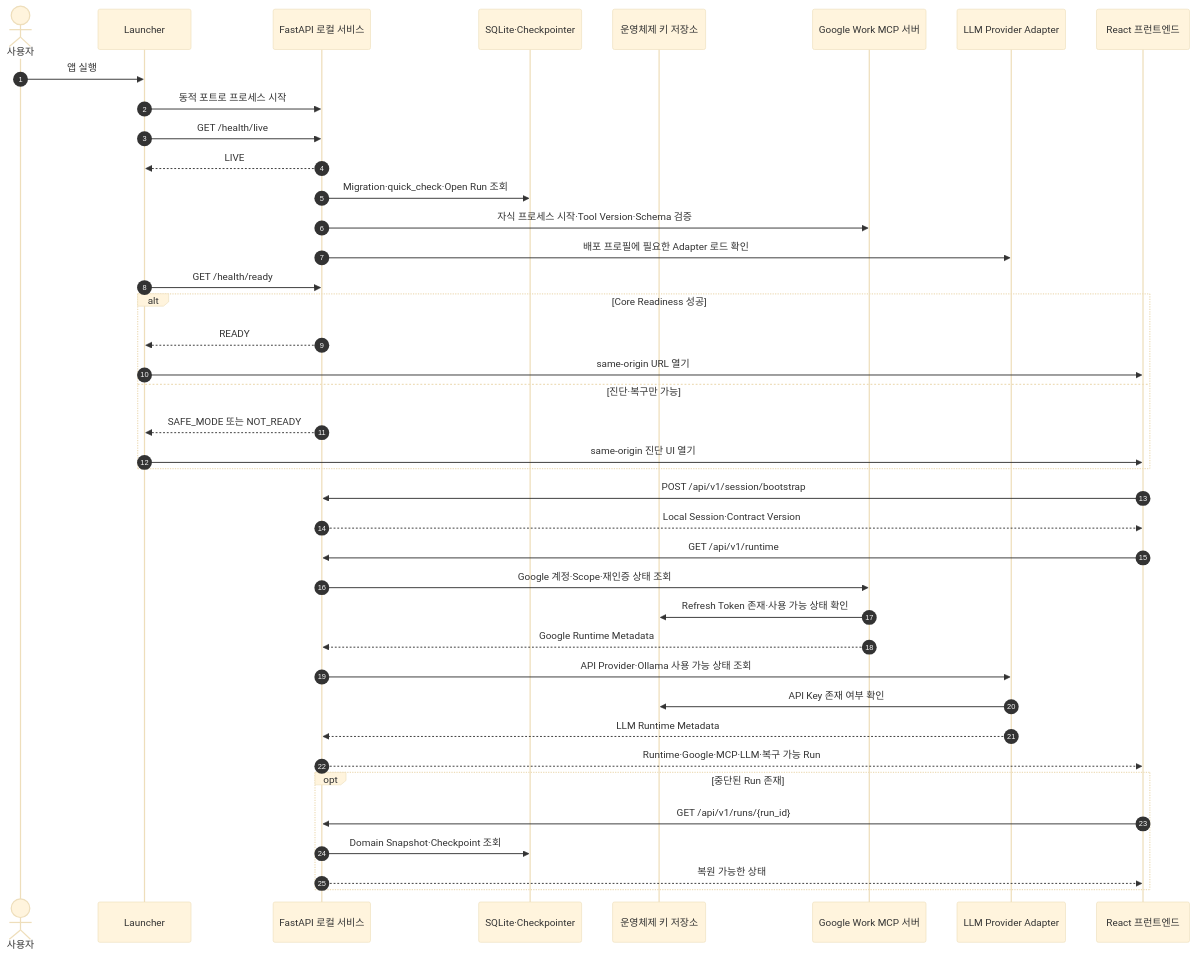
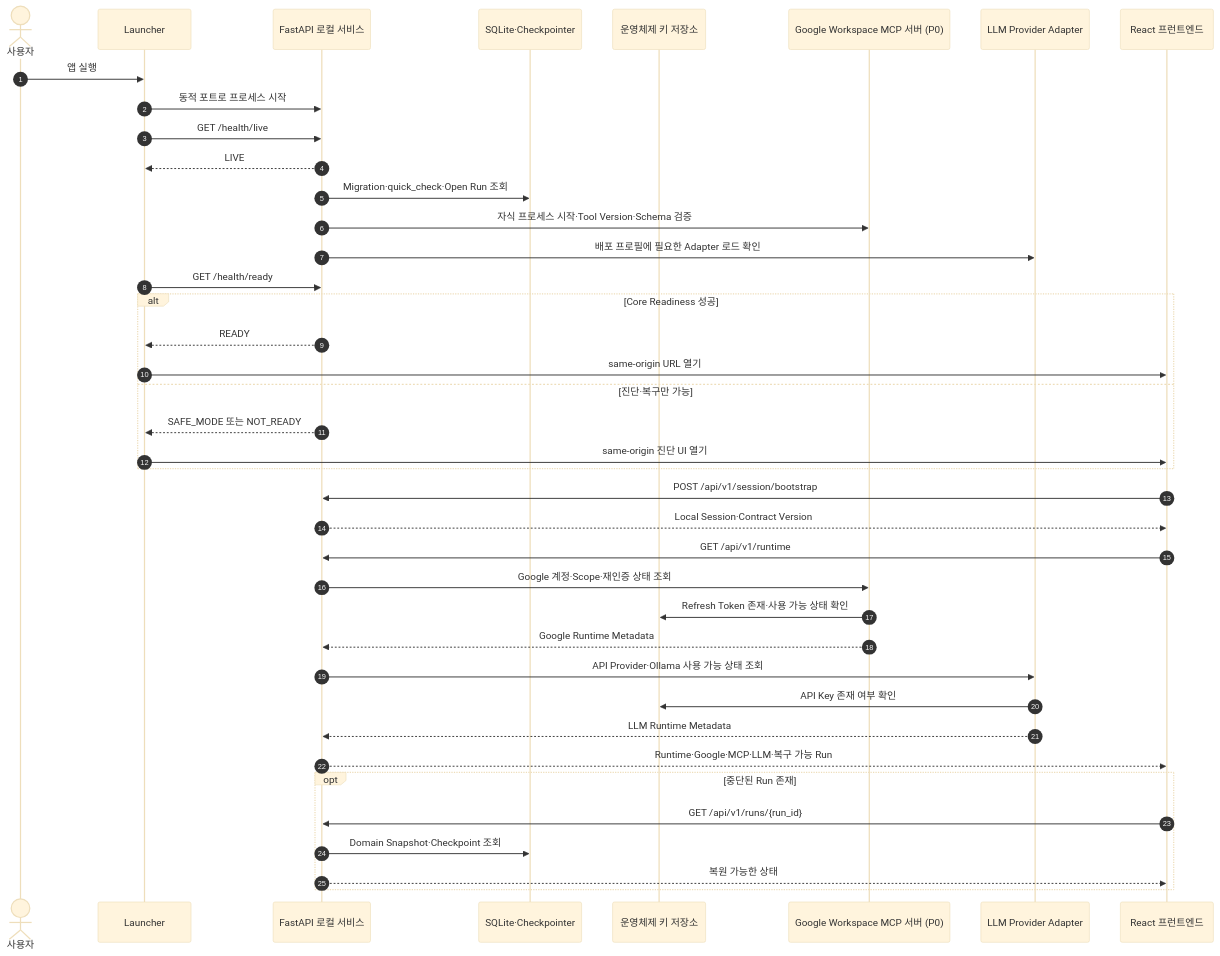
Before and after one commit to solar-ai-dev/google-work-agent: the first of 20 diagrams in docs/08-sequence-design.md, drawn with Mermaid (base theme). The commit also changed other lines of this file and 22 other files, not shown here.

````diff
--- a/docs/08-sequence-design.md
+++ b/docs/08-sequence-design.md
@@ -113,43 +113,43 @@
 ```mermaid
 sequenceDiagram
     autonumber
     actor U as 사용자
     participant L as Launcher
     participant API as FastAPI 로컬 서비스
     participant DB as SQLite·Checkpointer
     participant K as 운영체제 키 저장소
-    participant MCP as Google Work MCP 서버
+    participant MCP as Google Workspace MCP 서버 (P0)
     participant LLM as LLM Provider Adapter
     participant FE as React 프런트엔드
 
     U->>L: 앱 실행
     L->>API: 동적 포트로 프로세스 시작
     L->>API: GET /health/live
     API-->>L: LIVE
     API->>DB: Migration·quick_check·Open Run 조회
     API->>MCP: 자식 프로세스 시작·Tool Version·Schema 검증
     API->>LLM: 배포 프로필에 필요한 Adapter 로드 확인
     L->>API: GET /health/ready
     alt Core Readiness 성공
         API-->>L: READY
         L->>FE: same-origin URL 열기
     else 진단·복구만 가능
         API-->>L: SAFE_MODE 또는 NOT_READY
         L->>FE: same-origin 진단 UI 열기
     end
     FE->>API: POST /api/v1/session/bootstrap
     API-->>FE: Local Session·Contract Version
     FE->>API: GET /api/v1/runtime
     API->>MCP: Google 계정·Scope·재인증 상태 조회
     MCP->>K: Refresh Token 존재·사용 가능 상태 확인
     MCP-->>API: Google Runtime Metadata
     API->>LLM: API Provider·Ollama 사용 가능 상태 조회
     LLM->>K: API Key 존재 여부 확인
     LLM-->>API: LLM Runtime Metadata
     API-->>FE: Runtime·Google·MCP·LLM·복구 가능 Run
     opt 중단된 Run 존재
         FE->>API: GET /api/v1/runs/{run_id}
         API->>DB: Domain Snapshot·Checkpoint 조회
         API-->>FE: 복원 가능한 상태
     end
 ```
````
